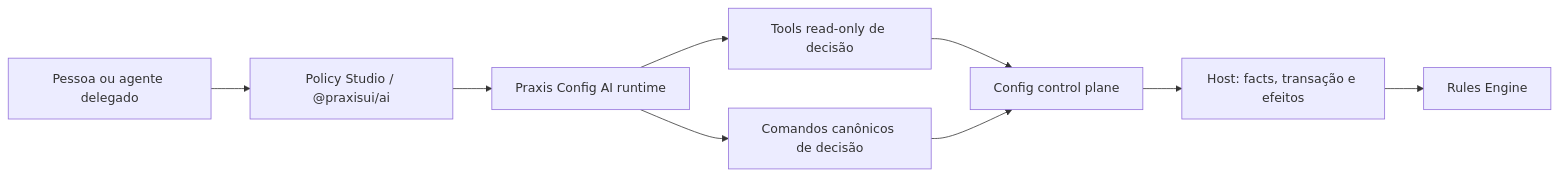
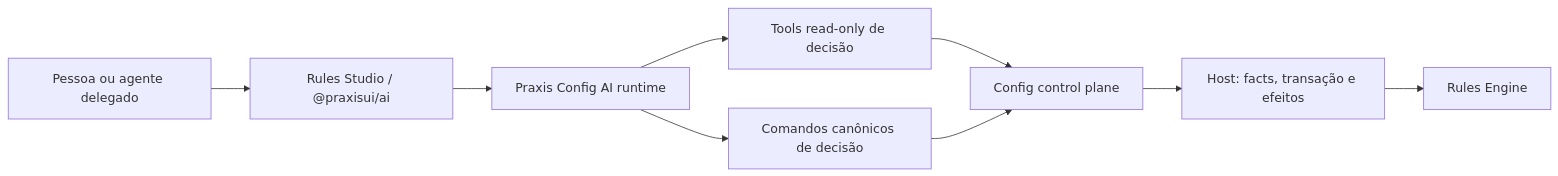
The diagram in docs/adr/0002-policy-assistant-boundary.md (codexrodrigues/praxis-policy-studio), drawn with Mermaid before and after one commit. The commit also changed other lines of this file and 67 other files, not shown here.

````diff
--- a/docs/adr/0002-policy-assistant-boundary.md
+++ b/docs/adr/0002-policy-assistant-boundary.md
@@ -36,11 +36,11 @@
 ```mermaid
 flowchart LR
-    User["Pessoa ou agente delegado"] --> Shell["Policy Studio / @praxisui/ai"]
+    User["Pessoa ou agente delegado"] --> Shell["Rules Studio / @praxisui/ai"]
     Shell --> AI["Praxis Config AI runtime"]
     AI --> Evidence["Tools read-only de decisão"]
     AI --> Commands["Comandos canônicos de decisão"]
     Evidence --> Config["Config control plane"]
     Commands --> Config
     Config --> Host["Host: facts, transação e efeitos"]
     Host --> Engine["Rules Engine"]
 ```
````
